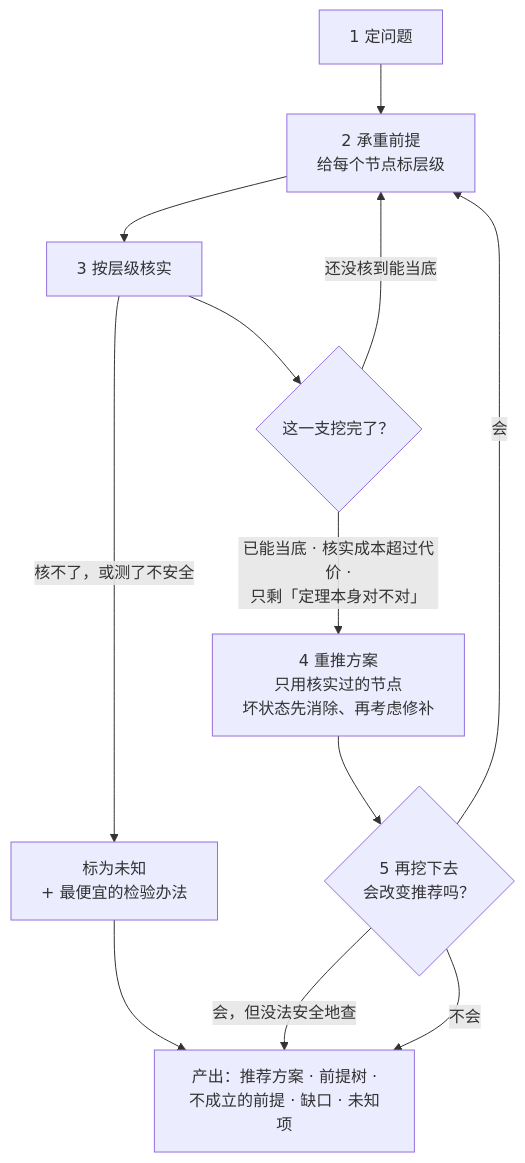
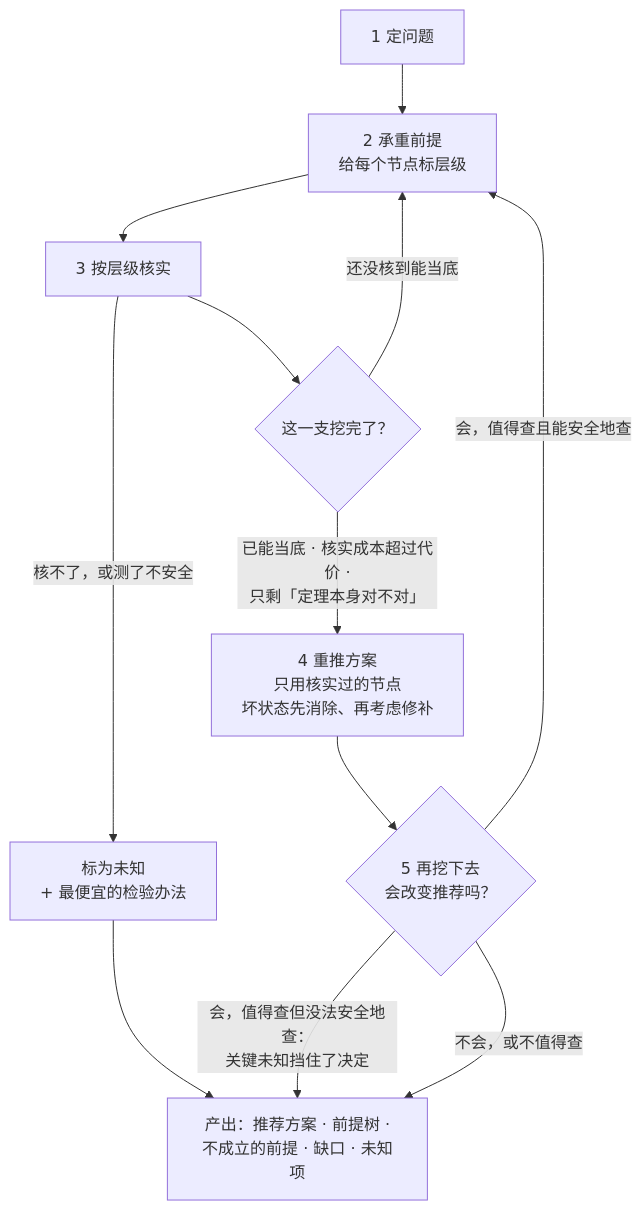
The second of 4 diagrams in README.zh-CN.md (zk-hypersolid/premise-challenge), drawn with Mermaid before and after one commit. The commit also changed other lines of this file and 3 other files, not shown here.

````diff
--- a/README.zh-CN.md
+++ b/README.zh-CN.md
@@ -68,14 +68,14 @@
 ```mermaid
 flowchart TB
     T["1 定问题"] --> P["2 承重前提<br/>给每个节点标层级"]
     P --> V["3 按层级核实"]
     V -- "核不了，或测了不安全" --> UK["标为未知<br/>+ 最便宜的检验办法"]
     V --> B{"这一支挖完了？"}
     B -- "还没核到能当底" --> P
     B -- "已能当底 · 核实成本超过代价 ·<br/>只剩「定理本身对不对」" --> R["4 重推方案<br/>只用核实过的节点<br/>坏状态先消除、再考虑修补"]
     R --> S{"5 再挖下去<br/>会改变推荐吗？"}
-    S -- "会" --> P
-    S -- "会，但没法安全地查" --> O
-    S -- "不会" --> O["产出：推荐方案 · 前提树 ·<br/>不成立的前提 · 缺口 · 未知项"]
+    S -- "会，值得查且能安全地查" --> P
+    S -- "会，值得查但没法安全地查：<br/>关键未知挡住了决定" --> O
+    S -- "不会，或不值得查" --> O["产出：推荐方案 · 前提树 ·<br/>不成立的前提 · 缺口 · 未知项"]
     UK --> O
 ```
````
